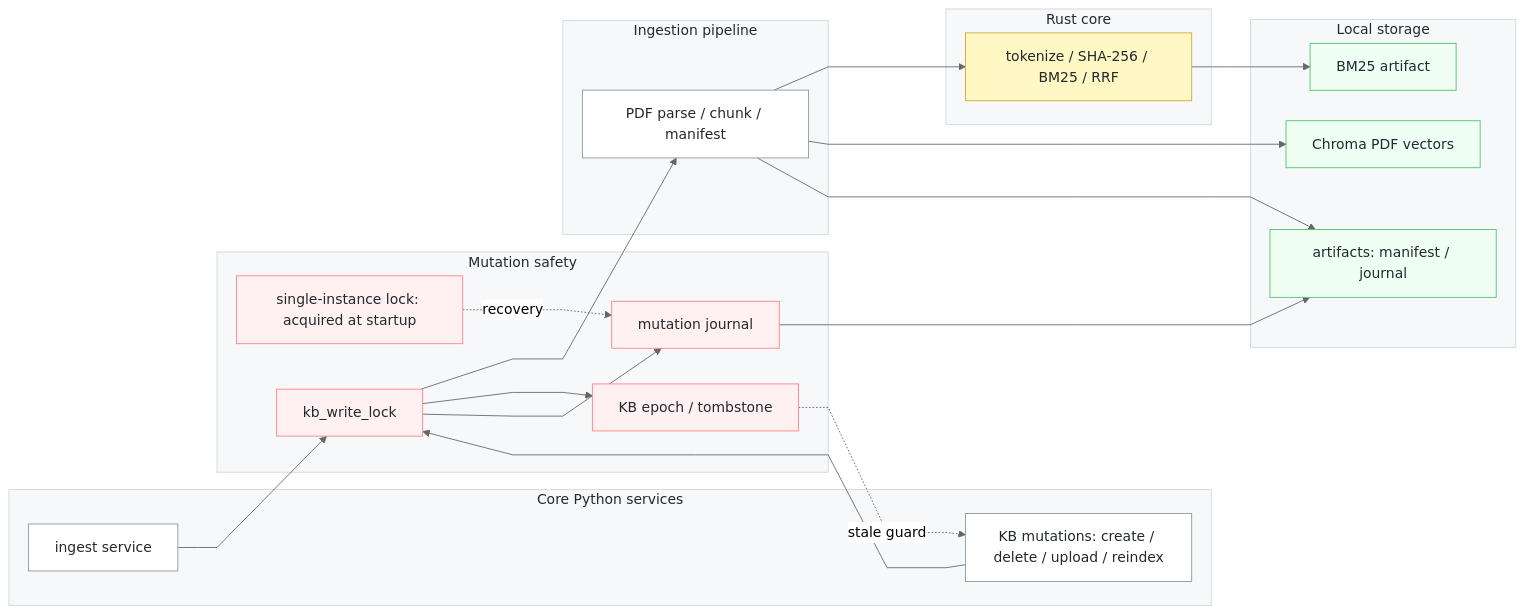
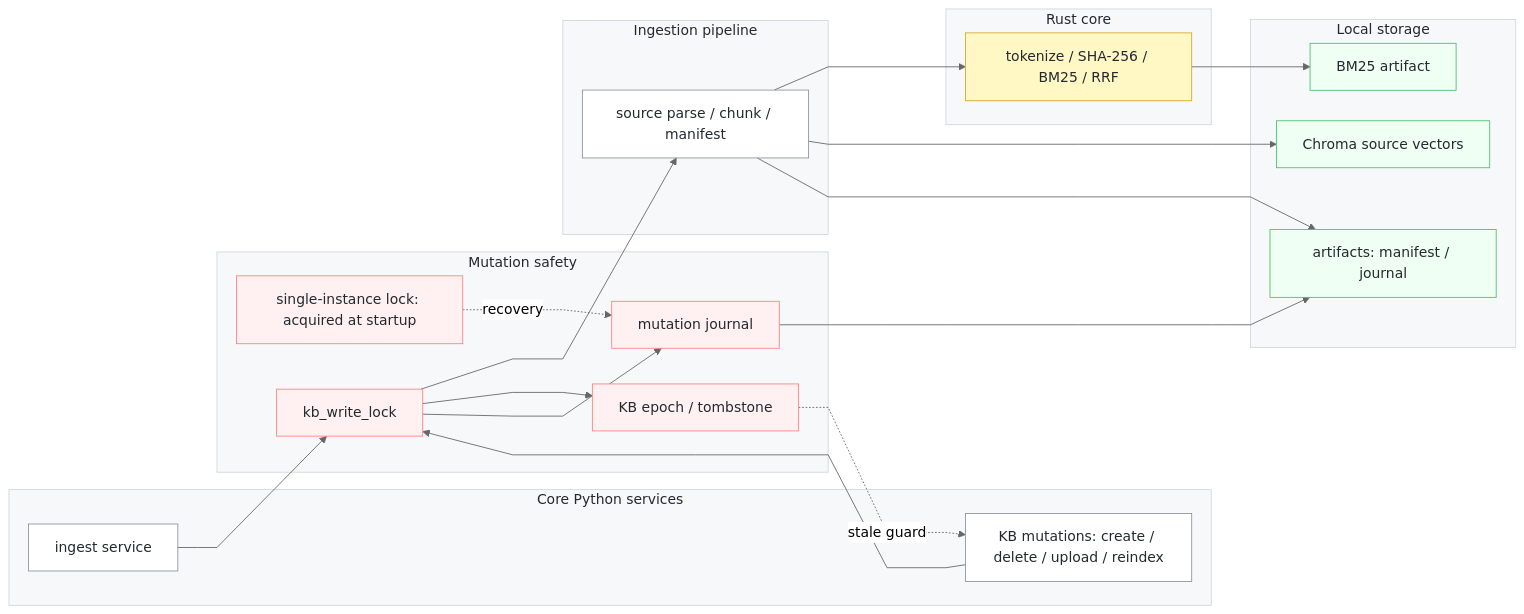
Before and after one commit to jikongabc/CogDoc: the second of 4 diagrams in README.md, drawn with Mermaid. The commit also changed other lines of this file and 133 other files, not shown here.

````diff
--- a/README.md
+++ b/README.md
@@ -428,57 +466,57 @@
 ```mermaid
 %%{init: {"theme":"neutral","flowchart":{"curve":"linear","nodeSpacing":35,"rankSpacing":45}}}%%
 flowchart LR
     classDef node fill:#ffffff,stroke:#8c959f,stroke-width:1px,color:#24292f
     classDef storage fill:#f0fff4,stroke:#4ac26b,stroke-width:1px,color:#24292f
     classDef guard fill:#fff1f1,stroke:#ff8182,stroke-width:1px,color:#24292f
     classDef native fill:#fff8c5,stroke:#d4a72c,stroke-width:1px,color:#24292f
 
     subgraph SERVICES["Core Python services"]
         INGEST["ingest service"]
         KBMUT["KB mutations: create / delete / upload / reindex"]
     end
 
     subgraph SAFETY["Mutation safety"]
         PROCLOCK["single-instance lock: acquired at startup"]
         KBLOCK["kb_write_lock"]
         JOURNAL["mutation journal"]
         EPOCH["KB epoch / tombstone"]
     end
 
     subgraph INGESTION["Ingestion pipeline"]
-        PARSE["PDF parse / chunk / manifest"]
+        PARSE["source parse / chunk / manifest"]
     end
 
     subgraph NATIVE["Rust core"]
         RUST["tokenize / SHA-256 / BM25 / RRF"]
     end
 
     subgraph STORE["Local storage"]
-        PDFVEC["Chroma PDF vectors"]
+        PDFVEC["Chroma source vectors"]
         BM25["BM25 artifact"]
         ARTIFACTS["artifacts: manifest / journal"]
     end
 
     PROCLOCK -. recovery .-> JOURNAL
     INGEST --> KBLOCK
     KBMUT --> KBLOCK
     KBLOCK --> PARSE
     KBLOCK --> EPOCH
     EPOCH -. stale guard .-> KBMUT
     KBLOCK --> JOURNAL
     PARSE --> RUST
     PARSE --> PDFVEC
     PARSE --> ARTIFACTS
     RUST --> BM25
     JOURNAL --> ARTIFACTS
 
     style SERVICES fill:#f6f8fa,stroke:#d0d7de,stroke-width:1px,color:#24292f
     style SAFETY fill:#f6f8fa,stroke:#d0d7de,stroke-width:1px,color:#24292f
     style INGESTION fill:#f6f8fa,stroke:#d0d7de,stroke-width:1px,color:#24292f
     style NATIVE fill:#f6f8fa,stroke:#d0d7de,stroke-width:1px,color:#24292f
     style STORE fill:#f6f8fa,stroke:#d0d7de,stroke-width:1px,color:#24292f
     class INGEST,KBMUT,PARSE node
     class PDFVEC,BM25,ARTIFACTS storage
     class PROCLOCK,KBLOCK,JOURNAL,EPOCH guard
     class RUST native
 ```
````
